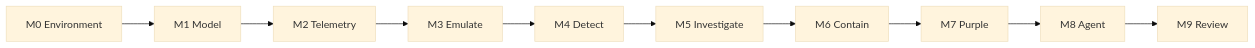
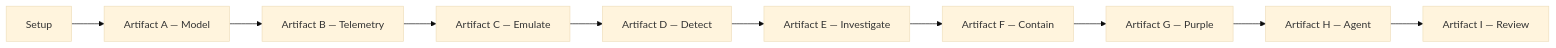
One commit to sanketn26/learn-security changed the diagram in docs/capstone/README.md. Above: the diagram before and after it, drawn with Mermaid (base theme). The commit also changed other lines of this file and 29 other files, not shown here.

````diff
--- a/docs/capstone/README.md
+++ b/docs/capstone/README.md
@@ -35,5 +35,5 @@
 ```mermaid
 flowchart LR
-    M0["M0 Environment"] --> M1["M1 Model"] --> M2["M2 Telemetry"] --> M3["M3 Emulate"] --> M4["M4 Detect"]
-    M4 --> M5["M5 Investigate"] --> M6["M6 Contain"] --> M7["M7 Purple"] --> M8["M8 Agent"] --> M9["M9 Review"]
+    S0["Setup"] --> A1["Artifact A — Model"] --> B1["Artifact B — Telemetry"] --> C1["Artifact C — Emulate"] --> D1["Artifact D — Detect"]
+    D1 --> E1["Artifact E — Investigate"] --> F1["Artifact F — Contain"] --> G1["Artifact G — Purple"] --> H1["Artifact H — Agent"] --> I1["Artifact I — Review"]
 ```
````
